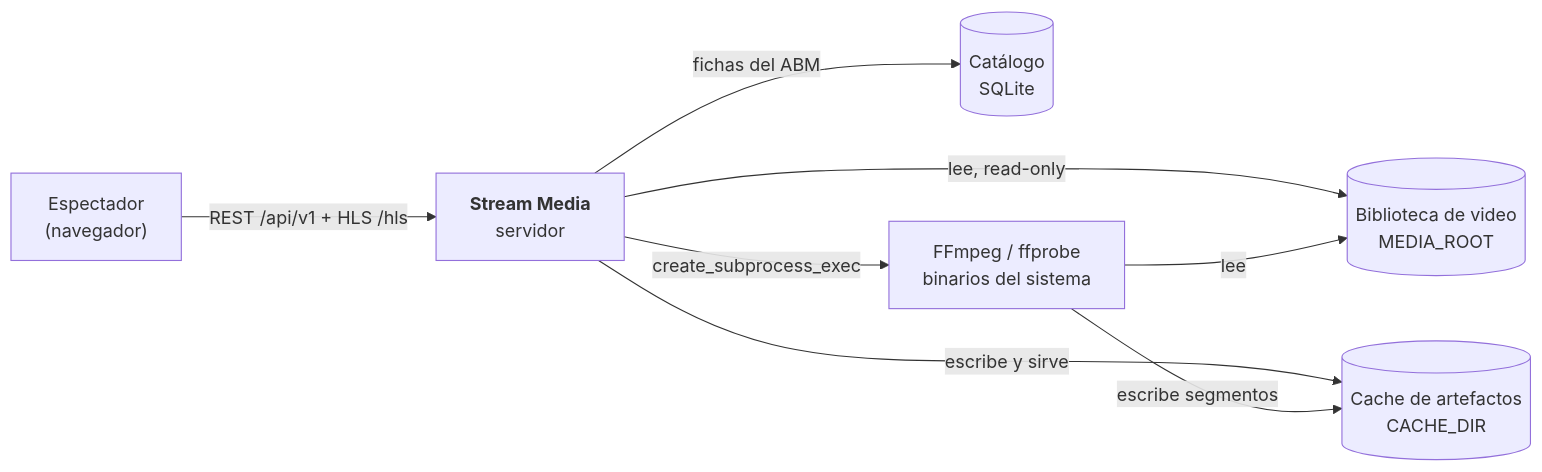
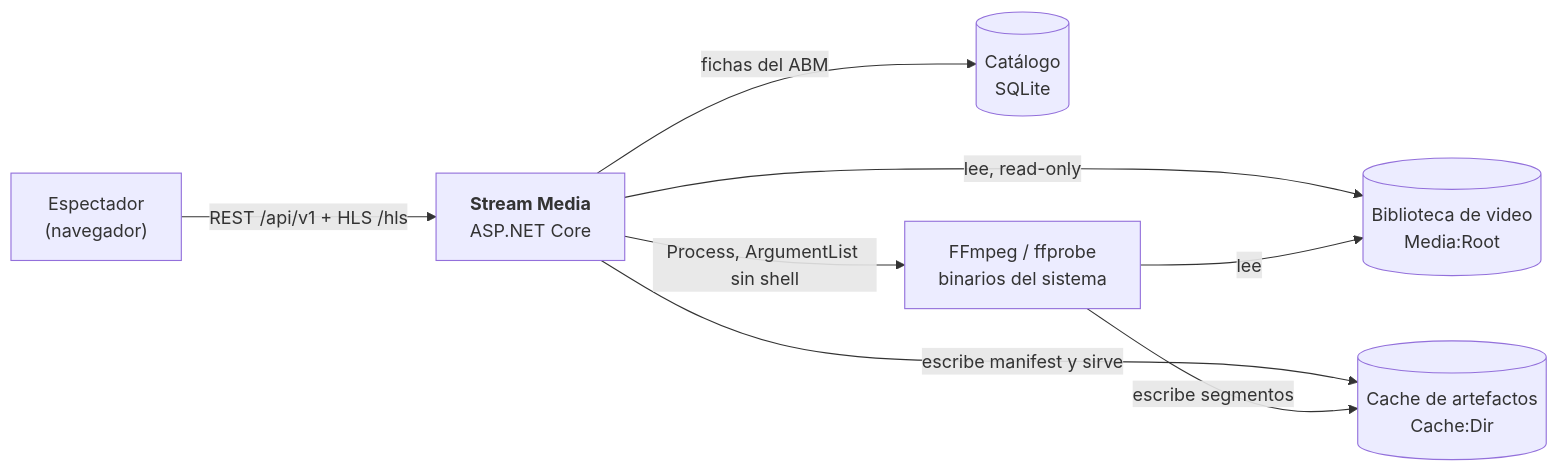
The first of 15 diagrams in system_arquitecture.md (Juan045/home-stream-app), drawn with Mermaid before and after one commit. The commit also changed other lines of this file and 8 other files, not shown here.

````diff
--- a/system_arquitecture.md
+++ b/system_arquitecture.md
@@ -48,17 +50,17 @@
 ```mermaid
 flowchart LR
     U["Espectador<br/>(navegador)"]
-    SM["<b>Stream Media</b><br/>servidor"]
-    FS[("Biblioteca de video<br/>MEDIA_ROOT")]
-    CA[("Cache de artefactos<br/>CACHE_DIR")]
+    SM["<b>Stream Media</b><br/>ASP.NET Core"]
+    FS[("Biblioteca de video<br/>Media:Root")]
+    CA[("Cache de artefactos<br/>Cache:Dir")]
     DB[("Catálogo<br/>SQLite")]
     FF["FFmpeg / ffprobe<br/>binarios del sistema"]
 
     U -->|"REST /api/v1 + HLS /hls"| SM
     SM -->|"lee, read-only"| FS
-    SM -->|"escribe y sirve"| CA
+    SM -->|"escribe manifest y sirve"| CA
     SM -->|"fichas del ABM"| DB
-    SM -->|"create_subprocess_exec"| FF
+    SM -->|"Process, ArgumentList sin shell"| FF
     FF -->|"lee"| FS
     FF -->|"escribe segmentos"| CA
 ```
````
